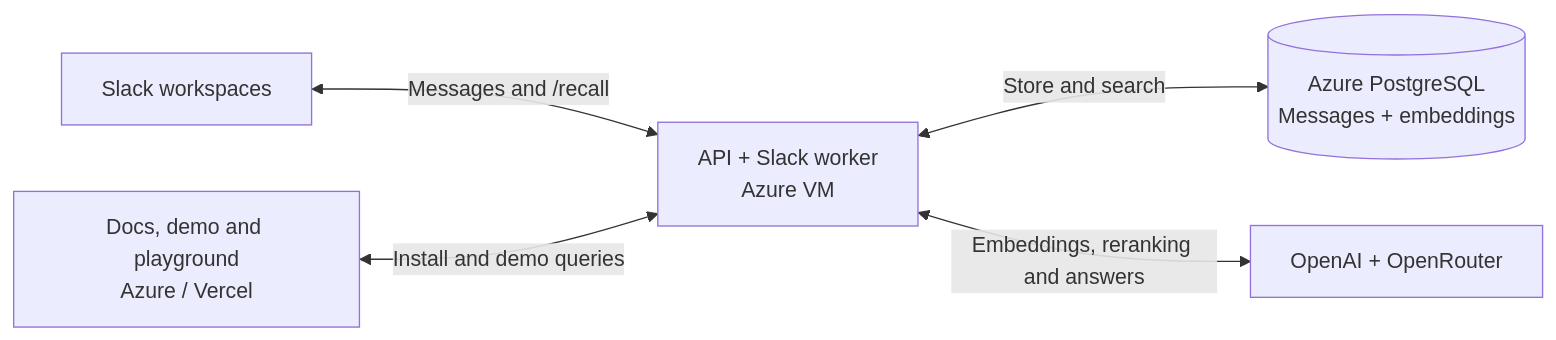
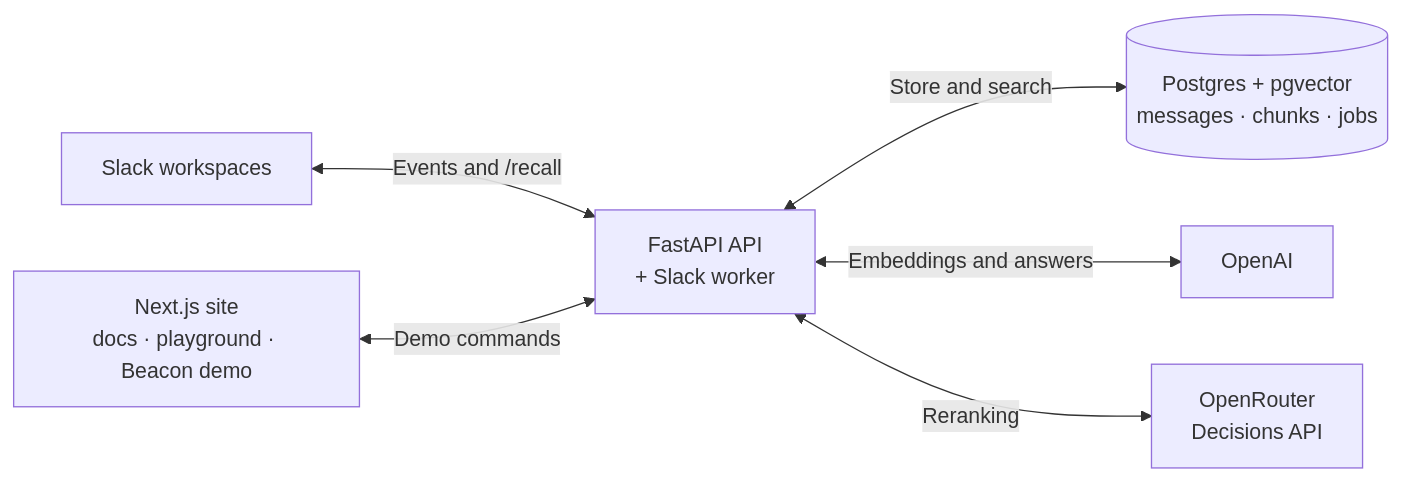
Before and after one commit to AbhayKale332/RecallHQ: the first of 2 diagrams in README.md, drawn with Mermaid. The commit also changed other lines of this file and 15 other files, not shown here.

````diff
--- a/README.md
+++ b/README.md
@@ -54,7 +69,8 @@
 ```mermaid
 flowchart LR
-    SLACK["Slack workspaces"] <-->|Messages and /recall| BOT["API + Slack worker<br/>Azure VM"]
-    SITE["Docs, demo and playground<br/>Azure / Vercel"] <-->|Install and demo queries| BOT
-    BOT <-->|Store and search| PG[("Azure PostgreSQL<br/>Messages + embeddings")]
-    BOT <-->|Embeddings, reranking and answers| AI["OpenAI + OpenRouter"]
+    SLACK["Slack workspaces"] <-->|"Events and /recall"| API["FastAPI API<br/>+ Slack worker"]
+    SITE["Next.js site<br/>docs · playground · Beacon demo"] <-->|"Demo commands"| API
+    API <-->|"Store and search"| PG[("Postgres + pgvector<br/>messages · chunks · jobs")]
+    API <-->|"Embeddings and answers"| OAI["OpenAI"]
+    API <-->|"Reranking"| ORT["OpenRouter<br/>Decisions API"]
 ```
````
